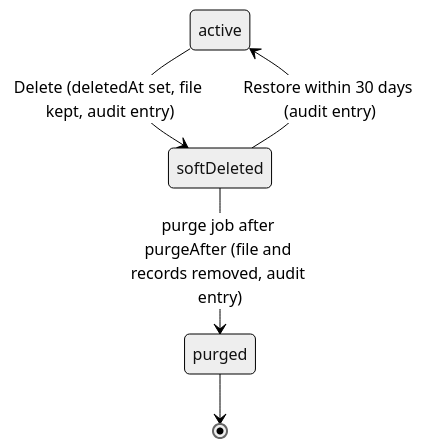
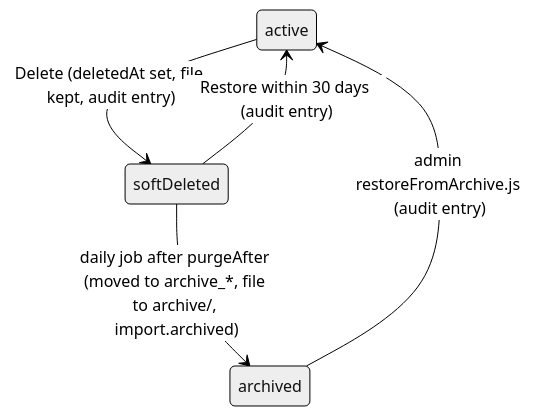
One commit to Budgetly-Project-Structure/budgetly_assets changed the second of 2 diagrams in docs/data-framework.md. Above: the diagram before and after it, drawn with Mermaid (neutral theme). The commit also changed other lines of this file, not shown here.

Commit message:
Sprint 5 #10: Document the archive and backup plan

````diff
--- a/docs/data-framework.md
+++ b/docs/data-framework.md
@@ -140,7 +188,7 @@
 ```mermaid
 stateDiagram-v2
     active --> softDeleted: Delete (deletedAt set, file kept, audit entry)
     softDeleted --> active: Restore within 30 days (audit entry)
-    softDeleted --> purged: purge job after purgeAfter (file and records removed, audit entry)
-    purged --> [*]
+    softDeleted --> archived: daily job after purgeAfter (moved to archive_*, file to archive/, import.archived)
+    archived --> active: admin restoreFromArchive.js (audit entry)
 ```
````
